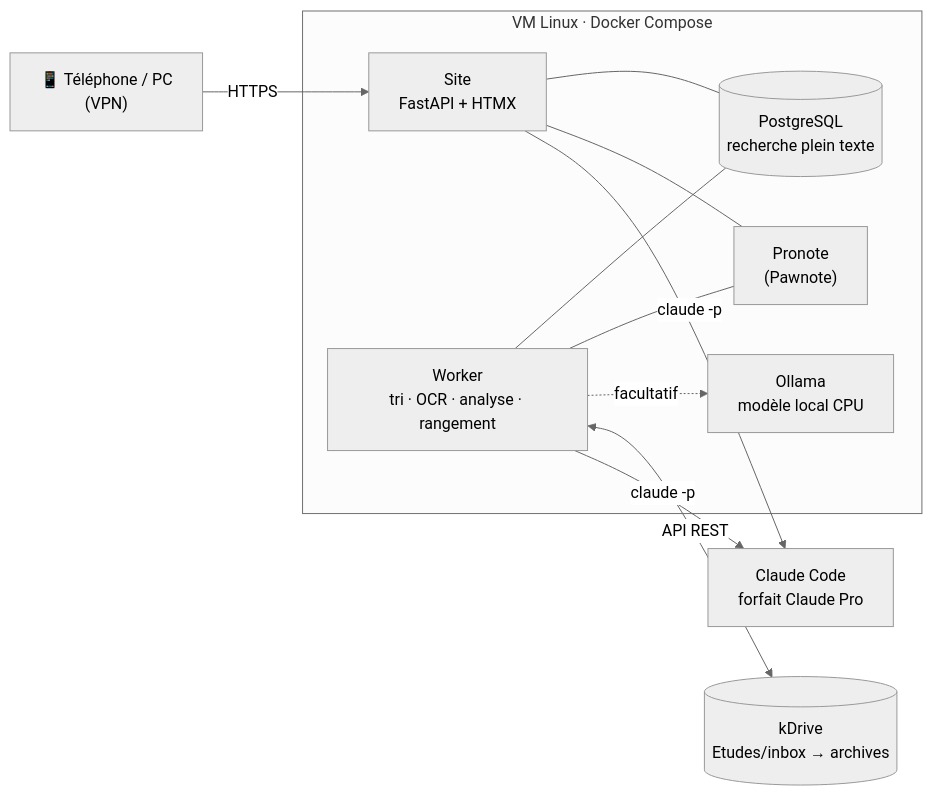
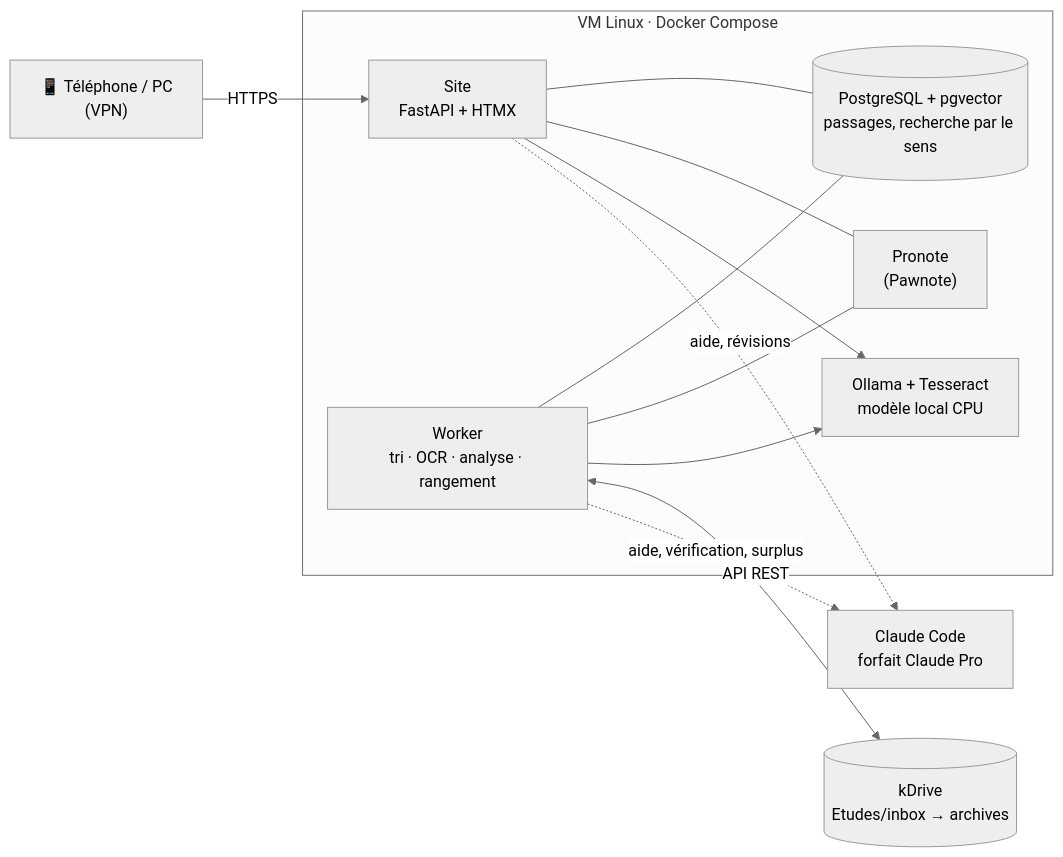
Before and after one commit to juteaucorp/claunote: the first of 2 diagrams in README.md, drawn with Mermaid (neutral theme). The commit also changed other lines of this file and 43 other files, not shown here.

First line of the commit message:
Local d'abord (Claude aide et vérifie), index de tous les documents, menus regroupés (#33)

````diff
--- a/README.md
+++ b/README.md
@@ -48,14 +48,15 @@
 ```mermaid
 flowchart LR
     T["📱 Téléphone / PC<br/>(VPN)"] -->|HTTPS| S
     subgraph VM["VM Linux · Docker Compose"]
-        S["Site<br/>FastAPI + HTMX"] --- DB[("PostgreSQL<br/>recherche plein texte")]
+        S["Site<br/>FastAPI + HTMX"] --- DB[("PostgreSQL + pgvector<br/>passages, recherche par le sens")]
         W["Worker<br/>tri · OCR · analyse · rangement"] --- DB
         W --- P["Pronote<br/>(Pawnote)"]
         S --- P
-        W -.->|facultatif| O["Ollama<br/>modèle local CPU"]
+        W --> O["Ollama + Tesseract<br/>modèle local CPU"]
+        S --> O
     end
     W <-->|API REST| K[("kDrive<br/>Etudes/inbox → archives")]
-    W -->|claude -p| C["Claude Code<br/>forfait Claude Pro"]
-    S -->|claude -p| C
+    W -.->|aide, vérification, surplus| C["Claude Code<br/>forfait Claude Pro"]
+    S -.->|aide, révisions| C
 ```
````
